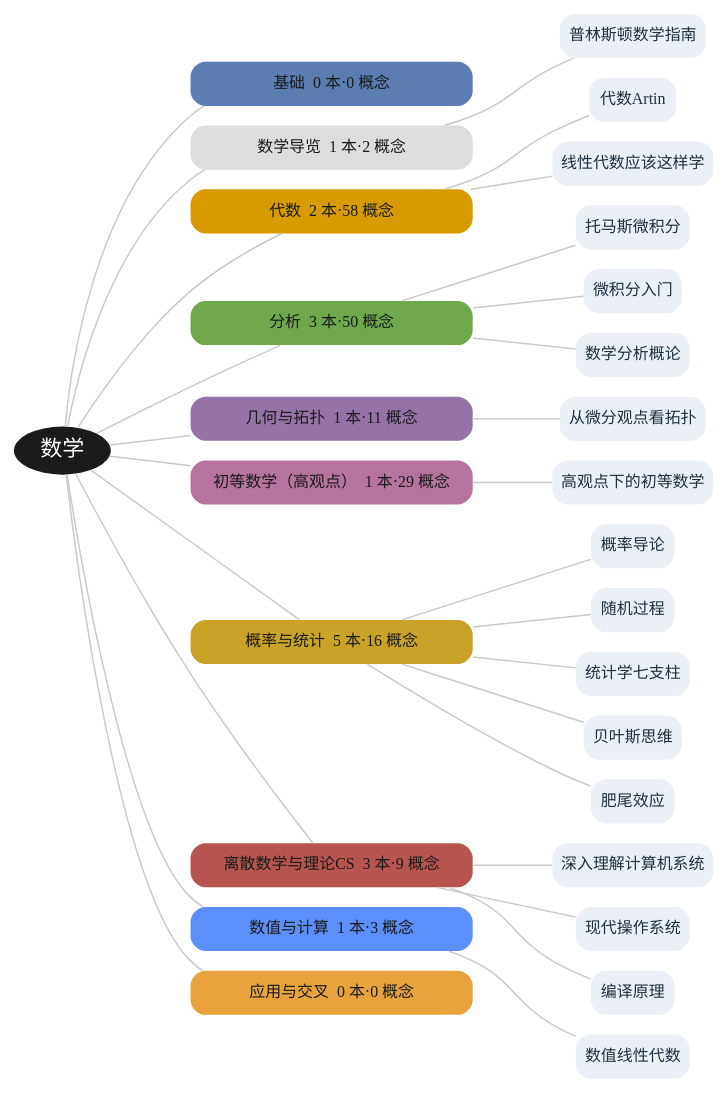
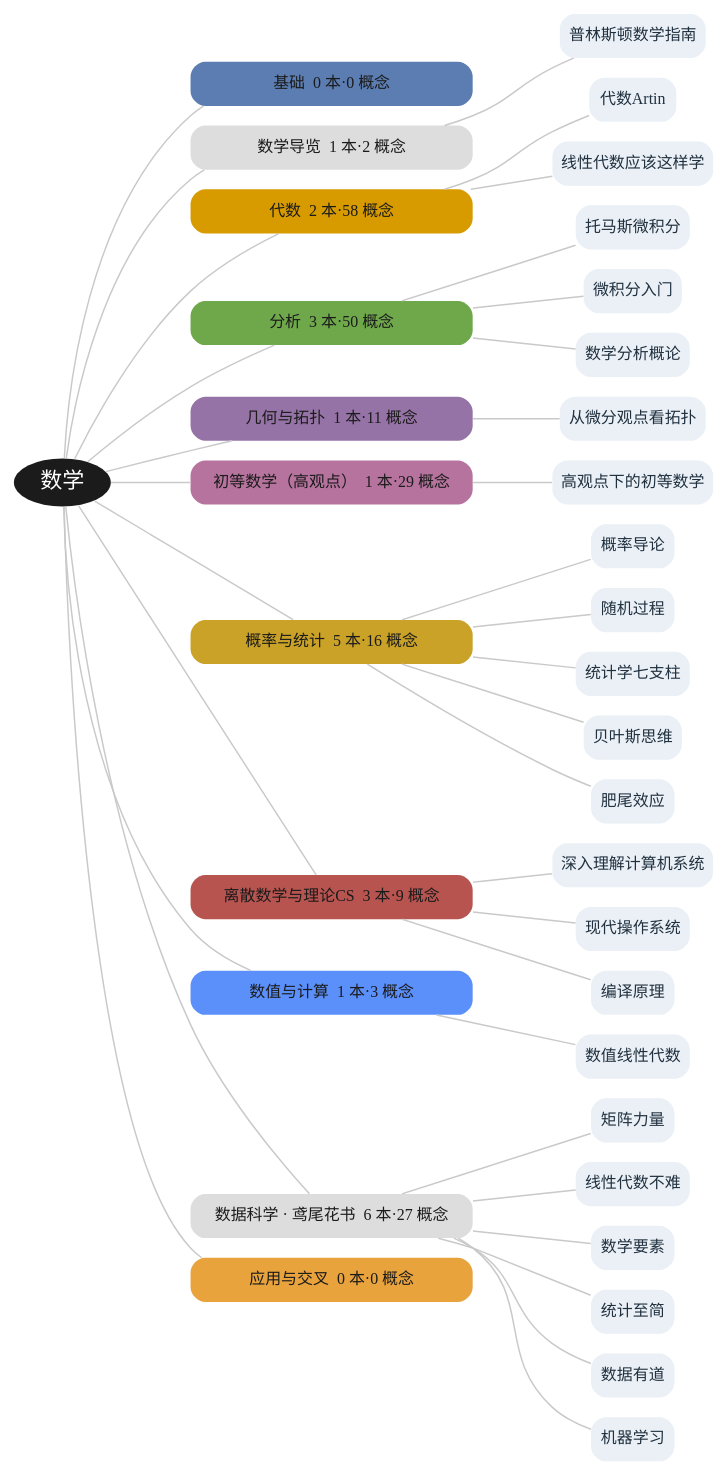
The diagram in book/figures/fig-branches.dot (lyp0746/lyp-notes), drawn with Graphviz before and after one commit. The commit also changed 167 other files, not shown here.

Commit message:
收录鸢尾花书 6 卷(矩阵力量/线性代数不难/数学要素/统计至简/数据有道/机器学习)：raw 清洗+按章拆分(109 章)去样板；15 概念+7 实体+7 导读+跨书桥接；系列章节地图+复习卡(402 题)；新建「数据科学·鸢尾花书」分支；重建地图与 PDF(23 书/189 概念, 104 页)

```diff
--- a/book/figures/fig-branches.dot
+++ b/book/figures/fig-branches.dot
@@ -1,60 +1,74 @@
 digraph G {
   graph [bgcolor="white", rankdir=LR, nodesep=0.22, ranksep=0.9];
   node [shape=box, style="rounded,filled", penwidth=0, fontname="Microsoft YaHei", fontsize=13];
   edge [color="#C9C9C9", arrowhead=none, penwidth=1.2];
   MATH [label="数学", shape=ellipse, fillcolor="#1B1B1B", fontcolor="white", fontsize=18, width=1.1];
   b_base [label="基础  0 本·0 概念", fillcolor="#5B7DB1", fontcolor="#1B1B1B", width=3.2];
   MATH -> b_base;
   b_guide [label="数学导览  1 本·2 概念", fillcolor="#DDDDDD", fontcolor="#1B1B1B", width=3.2];
   MATH -> b_guide;
   b_alg [label="代数  2 本·58 概念", fillcolor="#D79B00", fontcolor="#1B1B1B", width=3.2];
   MATH -> b_alg;
   b_ana [label="分析  3 本·50 概念", fillcolor="#6FA84A", fontcolor="#1B1B1B", width=3.2];
   MATH -> b_ana;
   b_geo [label="几何与拓扑  1 本·11 概念", fillcolor="#9673A6", fontcolor="#1B1B1B", width=3.2];
   MATH -> b_geo;
   b_elem [label="初等数学（高观点）  1 本·29 概念", fillcolor="#B5739D", fontcolor="#1B1B1B", width=3.2];
   MATH -> b_elem;
   b_prob [label="概率与统计  5 本·16 概念", fillcolor="#C9A227", fontcolor="#1B1B1B", width=3.2];
   MATH -> b_prob;
   b_disc [label="离散数学与理论CS  3 本·9 概念", fillcolor="#B85450", fontcolor="#1B1B1B", width=3.2];
   MATH -> b_disc;
   b_num [label="数值与计算  1 本·3 概念", fillcolor="#5B8FF9", fontcolor="#1B1B1B", width=3.2];
   MATH -> b_num;
+  b_iris [label="数据科学 · 鸢尾花书  6 本·27 概念", fillcolor="#DDDDDD", fontcolor="#1B1B1B", width=3.2];
+  MATH -> b_iris;
   b_app [label="应用与交叉  0 本·0 概念", fillcolor="#E8A33D", fontcolor="#1B1B1B", width=3.2];
   MATH -> b_app;
   bk_PCM [label="普林斯顿数学指南", fillcolor="#EAF0F6", fontcolor="#20303F"];
   b_guide -> bk_PCM;
   bk_AT [label="代数Artin", fillcolor="#EAF0F6", fontcolor="#20303F"];
   b_alg -> bk_AT;
   bk_LA [label="线性代数应该这样学", fillcolor="#EAF0F6", fontcolor="#20303F"];
   b_alg -> bk_LA;
   bk_CA [label="托马斯微积分", fillcolor="#EAF0F6", fontcolor="#20303F"];
   b_ana -> bk_CA;
   bk_CM [label="微积分入门", fillcolor="#EAF0F6", fontcolor="#20303F"];
   b_ana -> bk_CM;
   bk_MA [label="数学分析概论", fillcolor="#EAF0F6", fontcolor="#20303F"];
   b_ana -> bk_MA;
   bk_DT [label="从微分观点看拓扑", fillcolor="#EAF0F6", fontcolor="#20303F"];
   b_geo -> bk_DT;
   bk_KG [label="高观点下的初等数学", fillcolor="#EAF0F6", fontcolor="#20303F"];
   b_elem -> bk_KG;
   bk_PD [label="概率导论", fillcolor="#EAF0F6", fontcolor="#20303F"];
   b_prob -> bk_PD;
   bk_SP [label="随机过程", fillcolor="#EAF0F6", fontcolor="#20303F"];
   b_prob -> bk_SP;
   bk_SS [label="统计学七支柱", fillcolor="#EAF0F6", fontcolor="#20303F"];
   b_prob -> bk_SS;
   bk_BT [label="贝叶斯思维", fillcolor="#EAF0F6", fontcolor="#20303F"];
   b_prob -> bk_BT;
   bk_FT [label="肥尾效应", fillcolor="#EAF0F6", fontcolor="#20303F"];
   b_prob -> bk_FT;
   bk_CSAPP [label="深入理解计算机系统", fillcolor="#EAF0F6", fontcolor="#20303F"];
   b_disc -> bk_CSAPP;
   bk_MOS [label="现代操作系统", fillcolor="#EAF0F6", fontcolor="#20303F"];
   b_disc -> bk_MOS;
   bk_CP [label="编译原理", fillcolor="#EAF0F6", fontcolor="#20303F"];
   b_disc -> bk_CP;
   bk_NLA [label="数值线性代数", fillcolor="#EAF0F6", fontcolor="#20303F"];
   b_num -> bk_NLA;
+  bk_MX [label="矩阵力量", fillcolor="#EAF0F6", fontcolor="#20303F"];
+  b_iris -> bk_MX;
+  bk_LNA [label="线性代数不难", fillcolor="#EAF0F6", fontcolor="#20303F"];
+  b_iris -> bk_LNA;
+  bk_SJ [label="数学要素", fillcolor="#EAF0F6", fontcolor="#20303F"];
+  b_iris -> bk_SJ;
+  bk_TZ [label="统计至简", fillcolor="#EAF0F6", fontcolor="#20303F"];
+  b_iris -> bk_TZ;
+  bk_DY [label="数据有道", fillcolor="#EAF0F6", fontcolor="#20303F"];
+  b_iris -> bk_DY;
+  bk_MLI [label="机器学习", fillcolor="#EAF0F6", fontcolor="#20303F"];
+  b_iris -> bk_MLI;
 }
```
